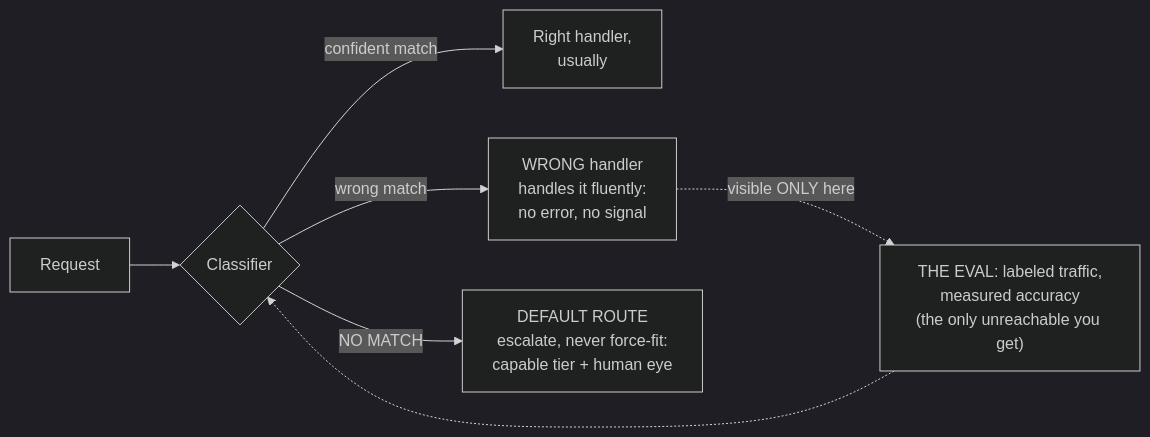
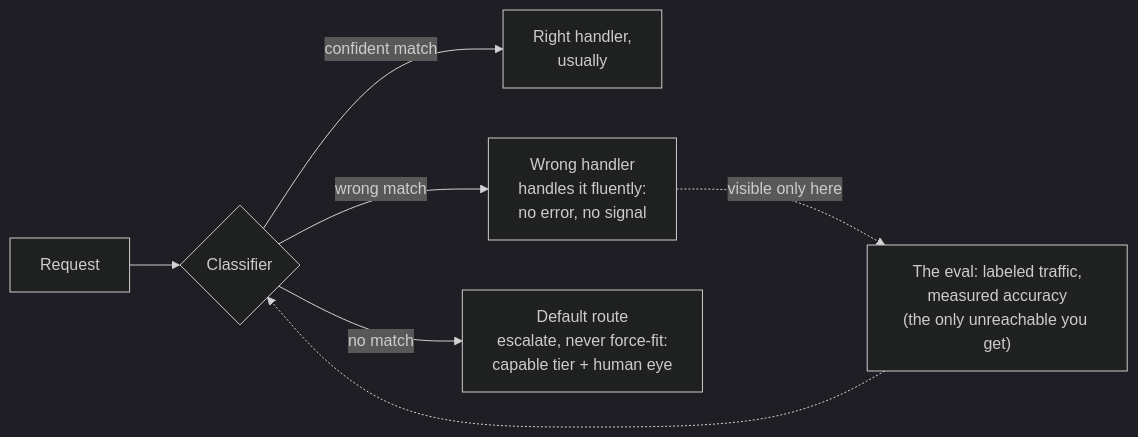
Before and after one commit to chorusse/agentic-estate: the diagram in guide/10-silent-misroutes-and-the-default-route.md, drawn with Mermaid (dark theme). The commit also changed 14 other files, not shown here.

````diff
--- a/guide/10-silent-misroutes-and-the-default-route.md
+++ b/guide/10-silent-misroutes-and-the-default-route.md
@@ -63,10 +63,10 @@
 ```mermaid
 flowchart LR
     req["Request"] --> cls{"Classifier"}
     cls -->|"confident match"| h["Right handler,<br/>usually"]
-    cls -->|"wrong match"| wrong["WRONG handler<br/>handles it fluently:<br/>no error, no signal"]
-    cls -->|"NO MATCH"| def["DEFAULT ROUTE<br/>escalate, never force-fit:<br/>capable tier + human eye"]
-    eval["THE EVAL: labeled traffic,<br/>measured accuracy<br/>(the only unreachable you get)"]
+    cls -->|"wrong match"| wrong["Wrong handler<br/>handles it fluently:<br/>no error, no signal"]
+    cls -->|"no match"| def["Default route<br/>escalate, never force-fit:<br/>capable tier + human eye"]
+    eval["The eval: labeled traffic,<br/>measured accuracy<br/>(the only unreachable you get)"]
     eval -.-> cls
-    wrong -.->|"visible ONLY here"| eval
+    wrong -.->|"visible only here"| eval
 ```
````
